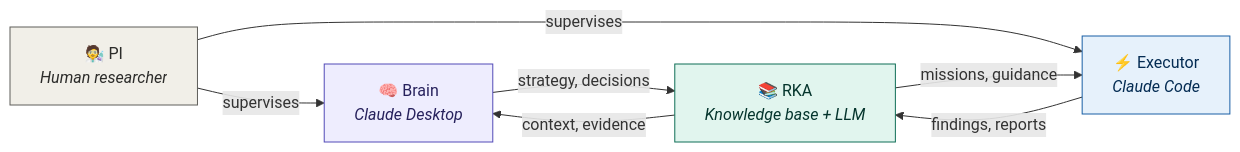
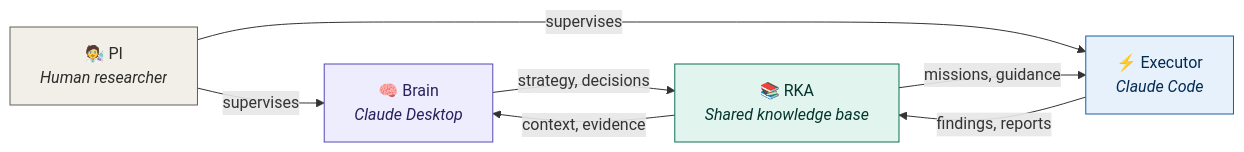
Before and after one commit to infinitywings/rka: the first of 4 diagrams in README.md, drawn with Mermaid. The commit also changed other lines of this file, not shown here.

````diff
--- a/README.md
+++ b/README.md
@@ -42,19 +42,19 @@
 ```mermaid
 graph LR
     PI["🧑‍🔬 PI<br/><i>Human researcher</i>"]
     Brain["🧠 Brain<br/><i>Claude Desktop</i>"]
     Executor["⚡ Executor<br/><i>Claude Code</i>"]
-    RKA["📚 RKA<br/><i>Knowledge base + LLM</i>"]
+    RKA["📚 RKA<br/><i>Shared knowledge base</i>"]
 
     PI -->|supervises| Brain
     PI -->|supervises| Executor
     Brain -->|"strategy, decisions"| RKA
     Executor -->|"findings, reports"| RKA
     RKA -->|"context, evidence"| Brain
     RKA -->|"missions, guidance"| Executor
 
     style RKA fill:#E1F5EE,stroke:#0F6E56,color:#04342C
     style Brain fill:#EEEDFE,stroke:#534AB7,color:#26215C
     style Executor fill:#E6F1FB,stroke:#185FA5,color:#042C53
     style PI fill:#F1EFE8,stroke:#5F5E5A,color:#2C2C2A
 ```
````
